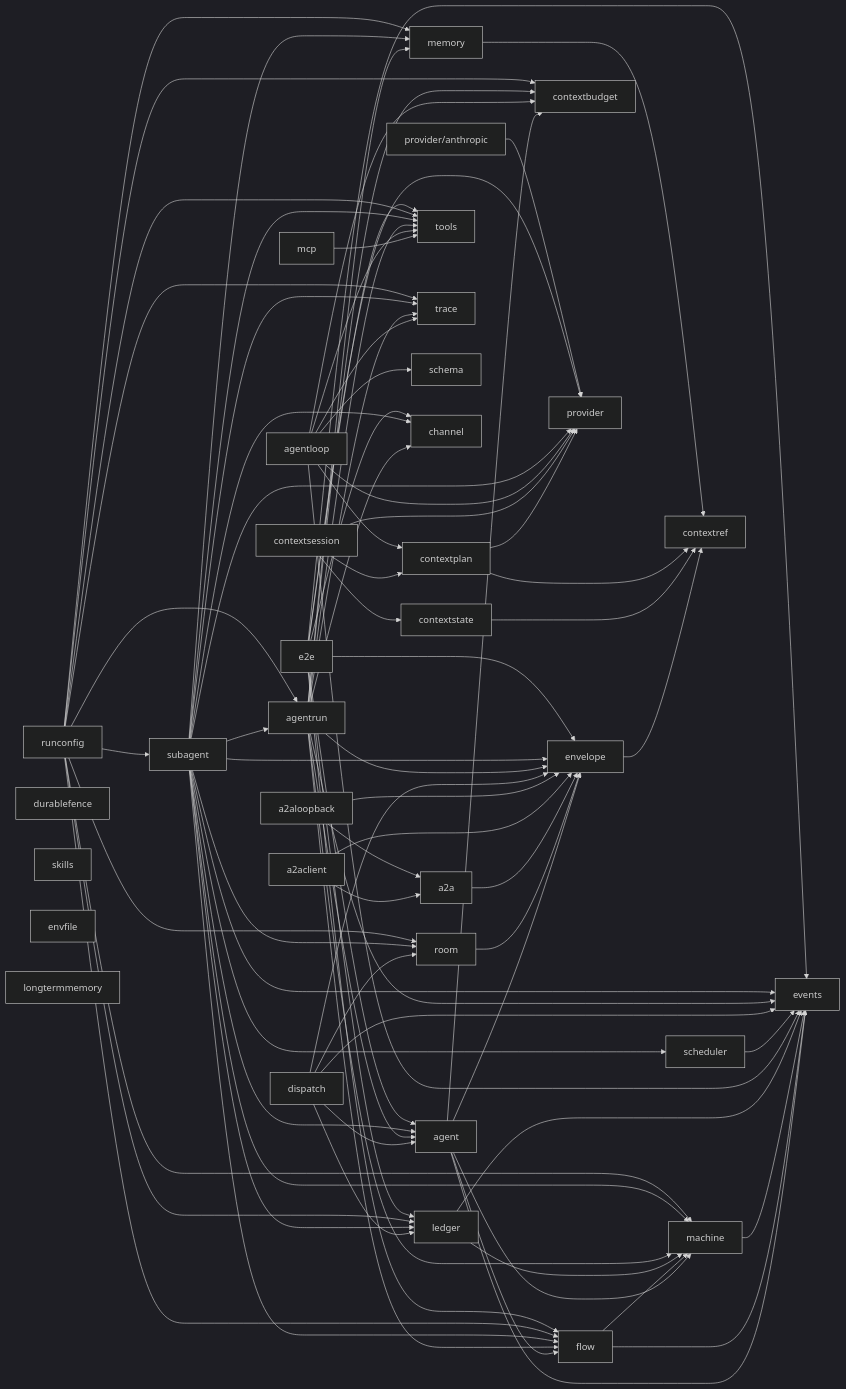
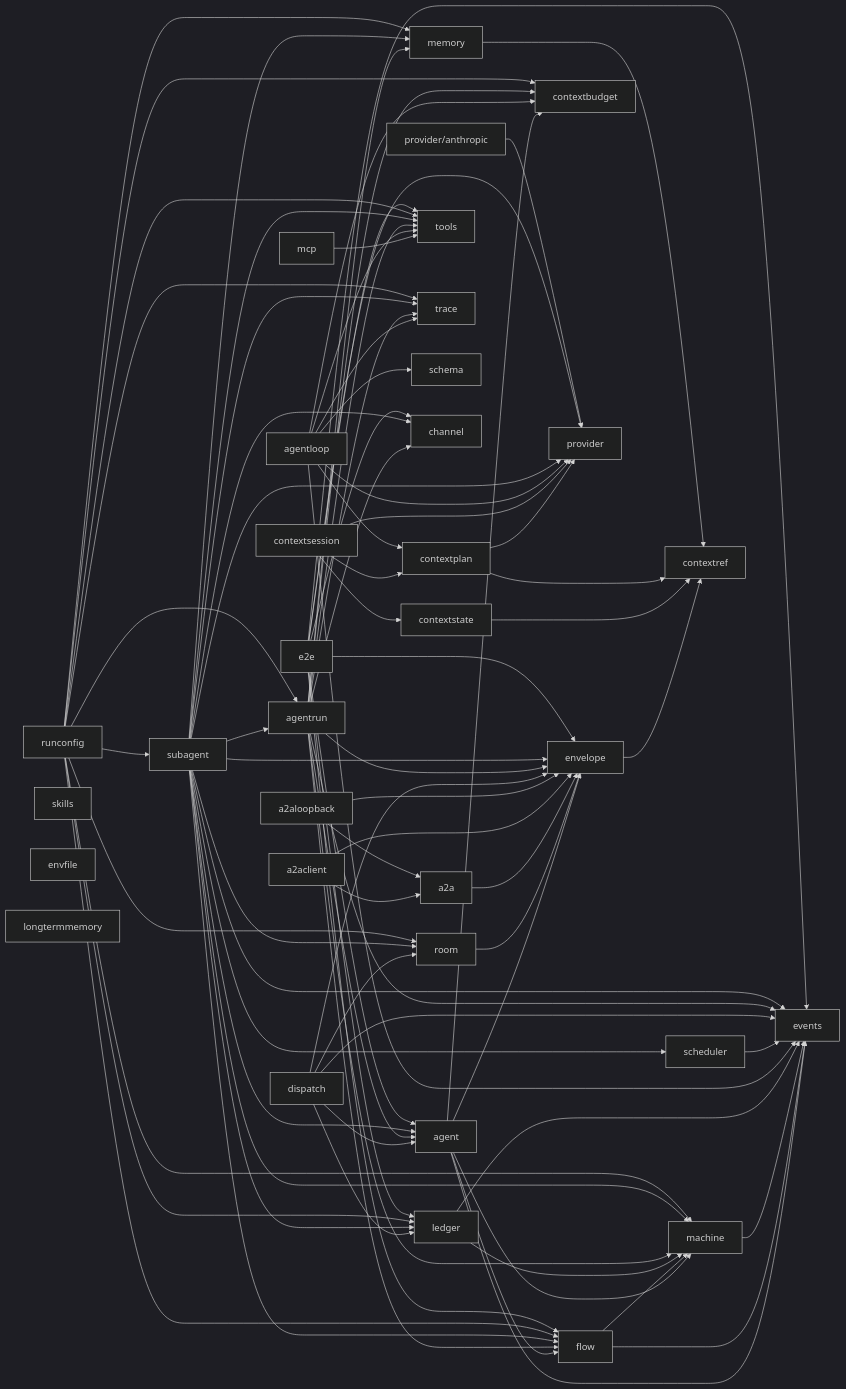
Before and after one commit to MiviaLabs/mivia-ai-sdk: the first of 2 diagrams in docs/architecture.md, drawn with Mermaid (dark theme). The commit also changed other lines of this file and 17 other files, not shown here.

```diff
--- a/docs/architecture.md
+++ b/docs/architecture.md
@@ -119,7 +119,6 @@
     anthropic["provider/anthropic"] --> provider
     contextbudget[contextbudget]
     schema[schema]
-    durablefence[durablefence]
     envelope[envelope]
     events[events]
     provider[provider]
```
